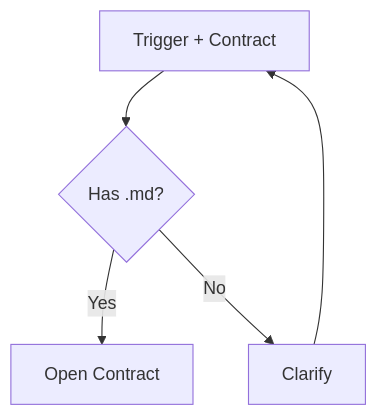
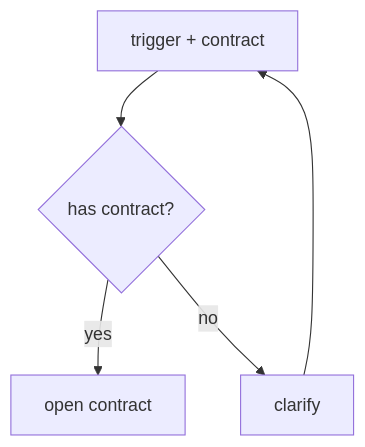
The diagram in contract-diagram/SKILL.md (nonlinear/skills), drawn with Mermaid before and after one commit.

Commit message:
Change Has .md? to has contract? + all lowercase nodes

````diff
--- a/contract-diagram/SKILL.md
+++ b/contract-diagram/SKILL.md
@@ -18,12 +18,12 @@
 ```mermaid
 flowchart TD
-    TRIGGER["Trigger + Contract"]
-    CHECK{"Has .md?"}
-    OPEN["Open Contract"]
-    CLARIFY["Clarify"]
+    TRIGGER["trigger + contract"]
+    CHECK{"has contract?"}
+    OPEN["open contract"]
+    CLARIFY["clarify"]
     
     TRIGGER --> CHECK
-    CHECK -->|Yes| OPEN
-    CHECK -->|No| CLARIFY
+    CHECK -->|yes| OPEN
+    CHECK -->|no| CLARIFY
     CLARIFY --> TRIGGER
 ```
````
